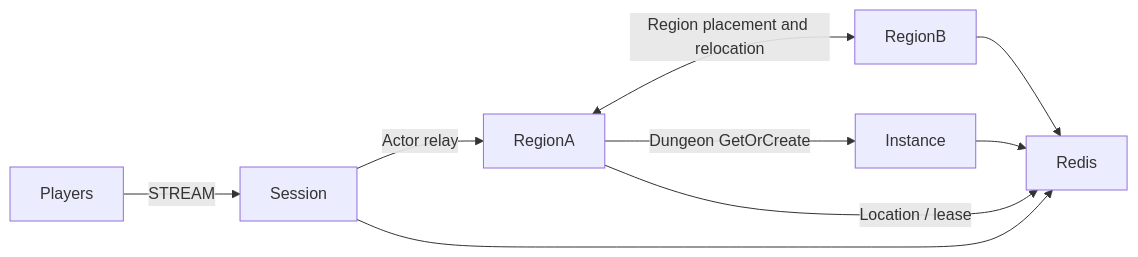
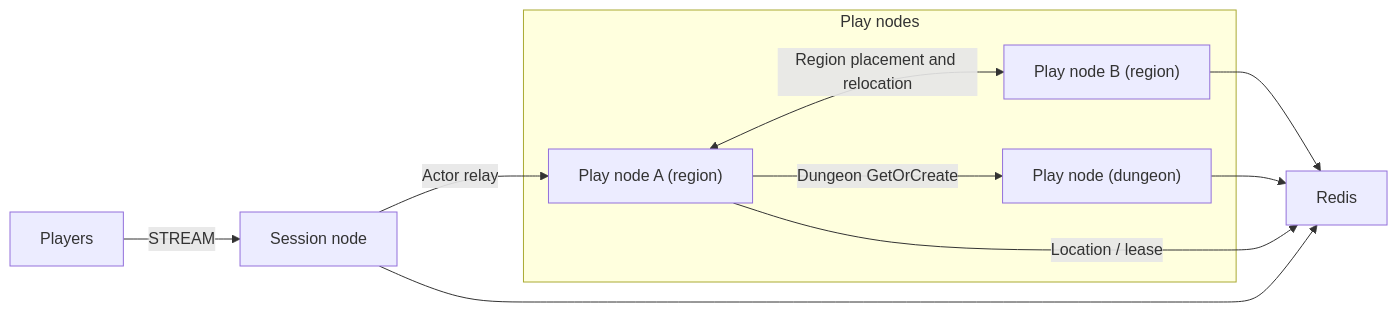
Before and after one commit to zlink-systems/zlink: the diagram in framework/languages/cpp/templates/mmo-megaserver/my-game/README.md, drawn with Mermaid. The commit also changed other lines of this file and 223 other files, not shown here.

First line of the commit message:
docs(templates): 모든 템플릿의 노드 이름을 Session node · Play node · API node로 (#5350)

````diff
--- a/framework/languages/cpp/templates/mmo-megaserver/my-game/README.md
+++ b/framework/languages/cpp/templates/mmo-megaserver/my-game/README.md
@@ -5,11 +5,16 @@
 ```mermaid
 flowchart LR
-  Players -->|STREAM| Session
+  subgraph playNodes["Play nodes"]
+    RegionA["Play node A (region)"]
+    RegionB["Play node B (region)"]
+    Instance["Play node (dungeon)"]
+  end
+  Players -->|STREAM| Session["Session node"]
   Session -->|Actor relay| RegionA
   RegionA <-->|Region placement and relocation| RegionB
   RegionA -->|Dungeon GetOrCreate| Instance
   RegionA -->|Location / lease| Redis
   RegionB --> Redis
   Session --> Redis
   Instance --> Redis
 ```
````
